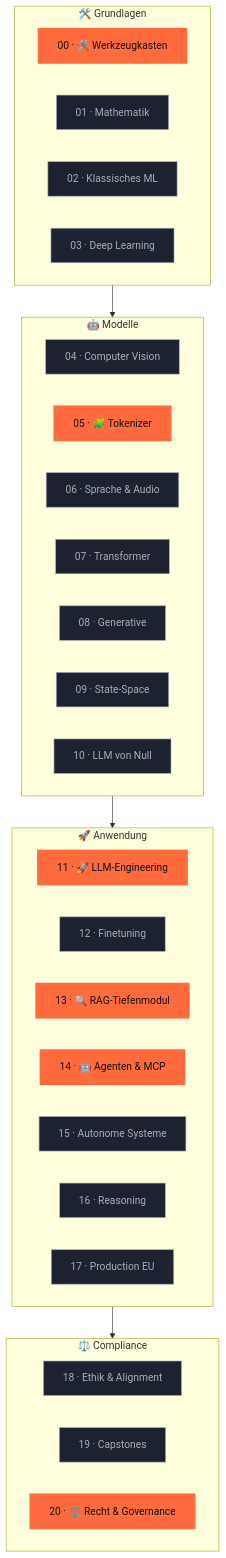
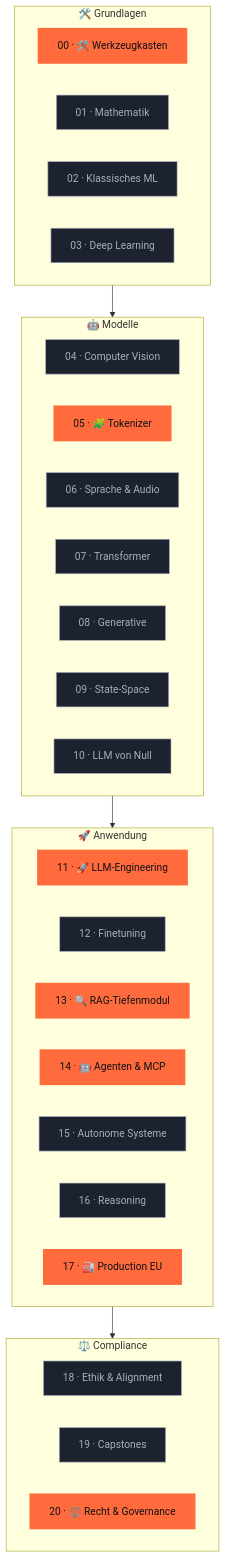
One commit to s-a-s-k-i-a/ki-engineering-werkstatt changed the second of 3 diagrams in README.md. Above: the diagram before and after it, drawn with Mermaid. The commit also changed other lines of this file and 19 other files, not shown here.

````diff
--- a/README.md
+++ b/README.md
@@ -242,45 +242,45 @@
 ```mermaid
 flowchart TB
   subgraph G[" 🛠️ Grundlagen "]
     direction LR
     P00[00 · 🛠️ Werkzeugkasten]:::done
     P01[01 · Mathematik]:::planned
     P02[02 · Klassisches ML]:::planned
     P03[03 · Deep Learning]:::planned
   end
 
   subgraph M[" 🤖 Modelle "]
     direction LR
     P04[04 · Computer Vision]:::planned
     P05[05 · 🧩 Tokenizer]:::done
     P06[06 · Sprache & Audio]:::planned
     P07[07 · Transformer]:::planned
     P08[08 · Generative]:::planned
     P09[09 · State-Space]:::planned
     P10[10 · LLM von Null]:::planned
   end
 
   subgraph A[" 🚀 Anwendung "]
     direction LR
     P11[11 · 🚀 LLM-Engineering]:::done
     P12[12 · Finetuning]:::planned
     P13[13 · 🔍 RAG-Tiefenmodul]:::done
     P14[14 · 🤖 Agenten & MCP]:::done
     P15[15 · Autonome Systeme]:::planned
     P16[16 · Reasoning]:::planned
-    P17[17 · Production EU]:::planned
+    P17[17 · 🏭 Production EU]:::done
   end
 
   subgraph C[" ⚖️ Compliance "]
     direction LR
     P18[18 · Ethik & Alignment]:::planned
     P19[19 · Capstones]:::planned
     P20[20 · ⚖️ Recht & Governance]:::done
   end
 
   G --> M --> A --> C
 
   classDef done fill:#FF6B3D,color:#0E1116,stroke:#FF6B3D,stroke-width:2px
   classDef wip fill:#3D8BFF,color:#FFF,stroke:#3D8BFF,stroke-width:2px,stroke-dasharray:5
   classDef planned fill:#1c2230,color:#A8B0BA,stroke:#A8B0BA,stroke-width:1px
 ```
````
